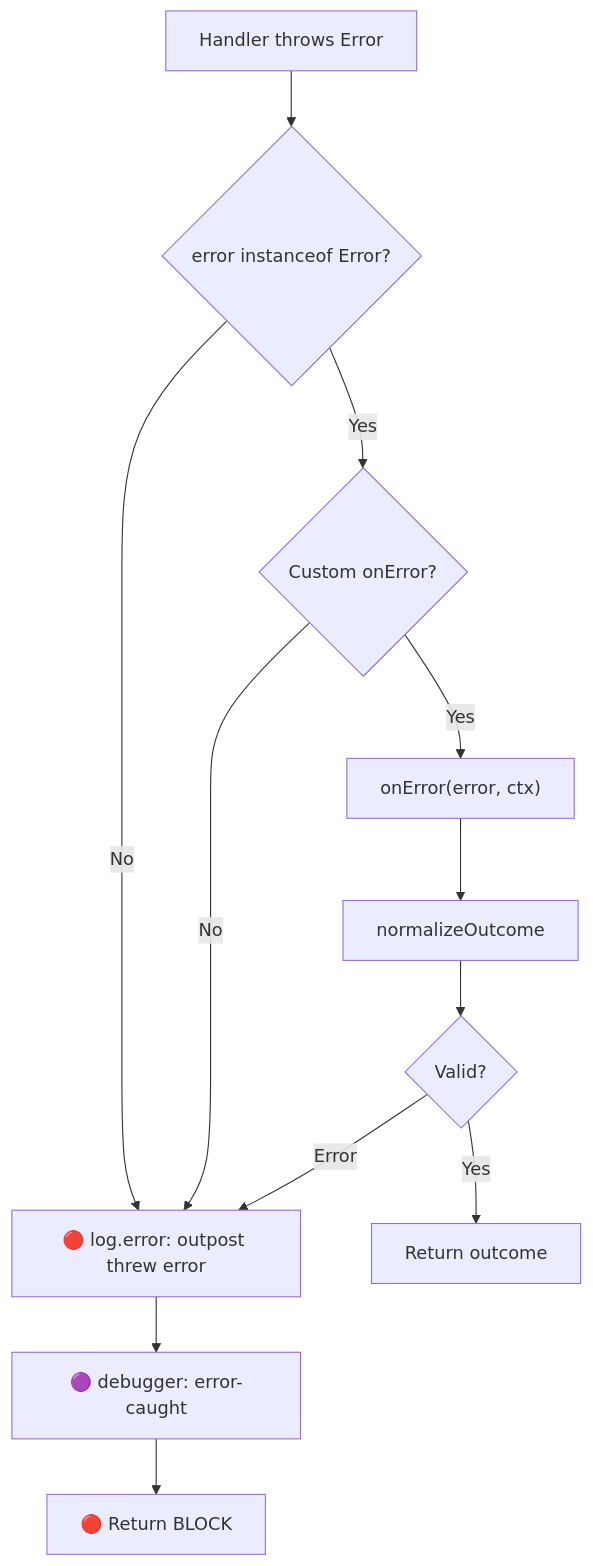
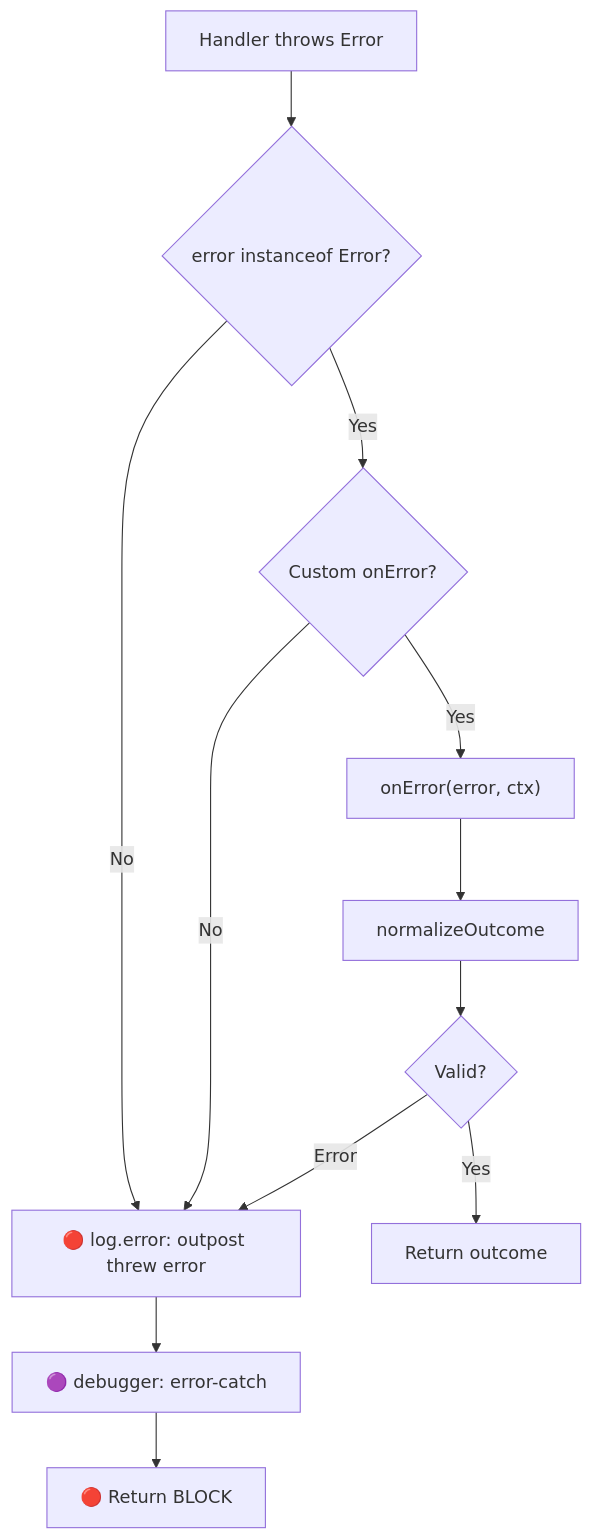
Before and after one commit to Kassaila/vue-router-citadel: the diagram in docs/guide/error-handling.md, drawn with Mermaid. The commit also changed other lines of this file and 11 other files, not shown here.

````diff
--- a/docs/guide/error-handling.md
+++ b/docs/guide/error-handling.md
@@ -11,18 +11,18 @@
 ```mermaid
 flowchart TD
     A[Handler throws Error] --> B{error instanceof Error?}
 
     B -->|Yes| C{Custom onError?}
     B -->|No| LOG1[🔴 log.error: outpost threw error]
 
     C -->|Yes| E["onError(error, ctx)"]
     C -->|No| LOG1
 
     E --> F[normalizeOutcome]
     F --> G{Valid?}
     G -->|Yes| H[Return outcome]
     G -->|Error| LOG1
 
-    LOG1 --> DBG1[🟣 debugger: error-caught]
+    LOG1 --> DBG1[🟣 debugger: error-catch]
     DBG1 --> I[🔴 Return BLOCK]
 ```
````
